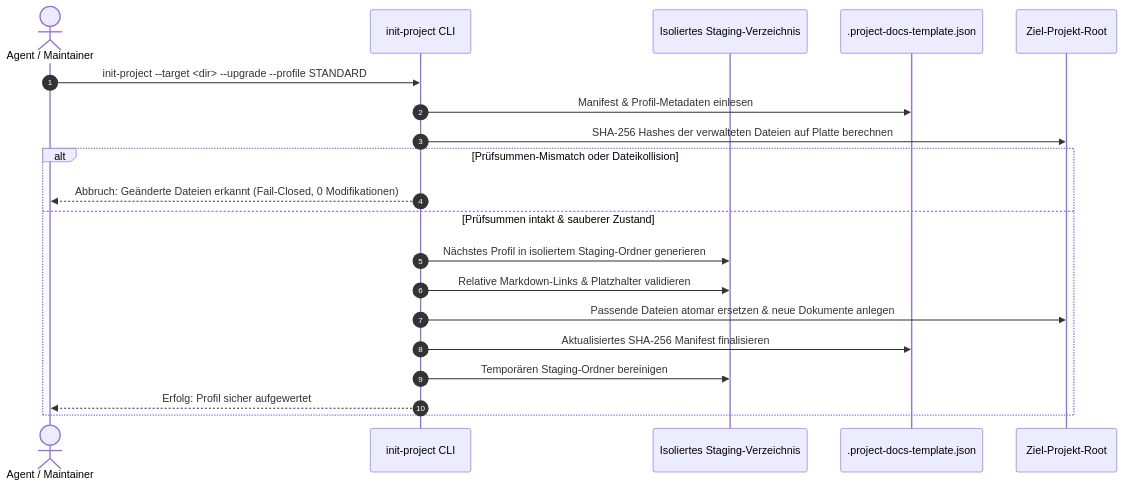
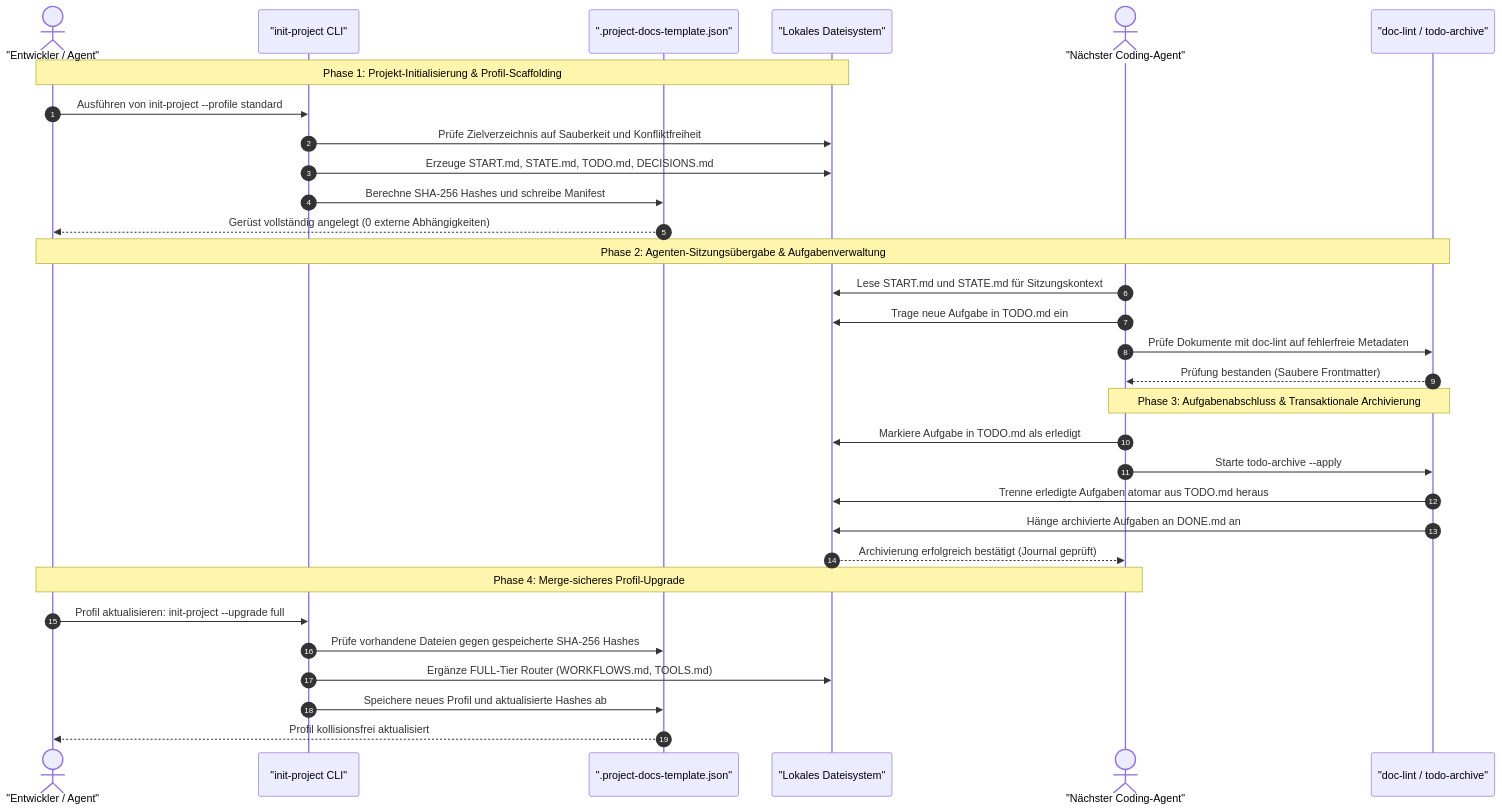
One commit to ellmos-ai/project-docs-template changed the second of 2 diagrams in README_de.md. Above: the diagram before and after it, drawn with Mermaid. The commit also changed other lines of this file and 8 other files, not shown here.

Commit message:
docs(marketing): 18-point bilingual navigation, visual architecture, Level 1 SBOM, and Pfad B discoverability overhaul [G 2026-09-20]

````diff
--- a/README_de.md
+++ b/README_de.md
@@ -134,23 +113,37 @@
 ```mermaid
 sequenceDiagram
     autonumber
-    actor User as Agent / Maintainer
-    participant CLI as init-project CLI
-    participant Stage as Isoliertes Staging-Verzeichnis
-    participant Manifest as .project-docs-template.json
-    participant Target as Ziel-Projekt-Root
+    actor Engineer as "Entwickler / Agent"
+    participant CLI as "init-project CLI"
+    participant Manifest as ".project-docs-template.json"
+    participant FS as "Lokales Dateisystem"
+    actor NextAgent as "Nächster Coding-Agent"
+    participant Linter as "doc-lint / todo-archive"
 
-    User->>CLI: init-project --target <dir> --upgrade --profile STANDARD
-    CLI->>Manifest: Manifest & Profil-Metadaten einlesen
-    CLI->>Target: SHA-256 Hashes der verwalteten Dateien auf Platte berechnen
-    alt Prüfsummen-Mismatch oder Dateikollision
-        CLI-->>User: Abbruch: Geänderte Dateien erkannt (Fail-Closed, 0 Modifikationen)
-    else Prüfsummen intakt & sauberer Zustand
-        CLI->>Stage: Nächstes Profil in isoliertem Staging-Ordner generieren
-        CLI->>Stage: Relative Markdown-Links & Platzhalter validieren
-        CLI->>Target: Passende Dateien atomar ersetzen & neue Dokumente anlegen
-        CLI->>Manifest: Aktualisiertes SHA-256 Manifest finalisieren
-        CLI->>Stage: Temporären Staging-Ordner bereinigen
-        CLI-->>User: Erfolg: Profil sicher aufgewertet
-    end
+    Note over Engineer,FS: Phase 1: Projekt-Initialisierung & Profil-Scaffolding
+    Engineer->>CLI: Ausführen von init-project --profile standard
+    CLI->>FS: Prüfe Zielverzeichnis auf Sauberkeit und Konfliktfreiheit
+    CLI->>FS: Erzeuge START.md, STATE.md, TODO.md, DECISIONS.md
+    CLI->>Manifest: Berechne SHA-256 Hashes und schreibe Manifest
+    Manifest-->>Engineer: Gerüst vollständig angelegt (0 externe Abhängigkeiten)
+
+    Note over Engineer,Linter: Phase 2: Agenten-Sitzungsübergabe & Aufgabenverwaltung
+    NextAgent->>FS: Lese START.md und STATE.md für Sitzungskontext
+    NextAgent->>FS: Trage neue Aufgabe in TODO.md ein
+    NextAgent->>Linter: Prüfe Dokumente mit doc-lint auf fehlerfreie Metadaten
+    Linter-->>NextAgent: Prüfung bestanden (Saubere Frontmatter)
+
+    Note over NextAgent,Linter: Phase 3: Aufgabenabschluss & Transaktionale Archivierung
+    NextAgent->>FS: Markiere Aufgabe in TODO.md als erledigt
+    NextAgent->>Linter: Starte todo-archive --apply
+    Linter->>FS: Trenne erledigte Aufgaben atomar aus TODO.md heraus
+    Linter->>FS: Hänge archivierte Aufgaben an DONE.md an
+    FS-->>NextAgent: Archivierung erfolgreich bestätigt (Journal geprüft)
+
+    Note over Engineer,NextAgent: Phase 4: Merge-sicheres Profil-Upgrade
+    Engineer->>CLI: Profil aktualisieren: init-project --upgrade full
+    CLI->>Manifest: Prüfe vorhandene Dateien gegen gespeicherte SHA-256 Hashes
+    CLI->>FS: Ergänze FULL-Tier Router (WORKFLOWS.md, TOOLS.md)
+    CLI->>Manifest: Speichere neues Profil und aktualisierte Hashes ab
+    Manifest-->>Engineer: Profil kollisionsfrei aktualisiert
 ```
````
